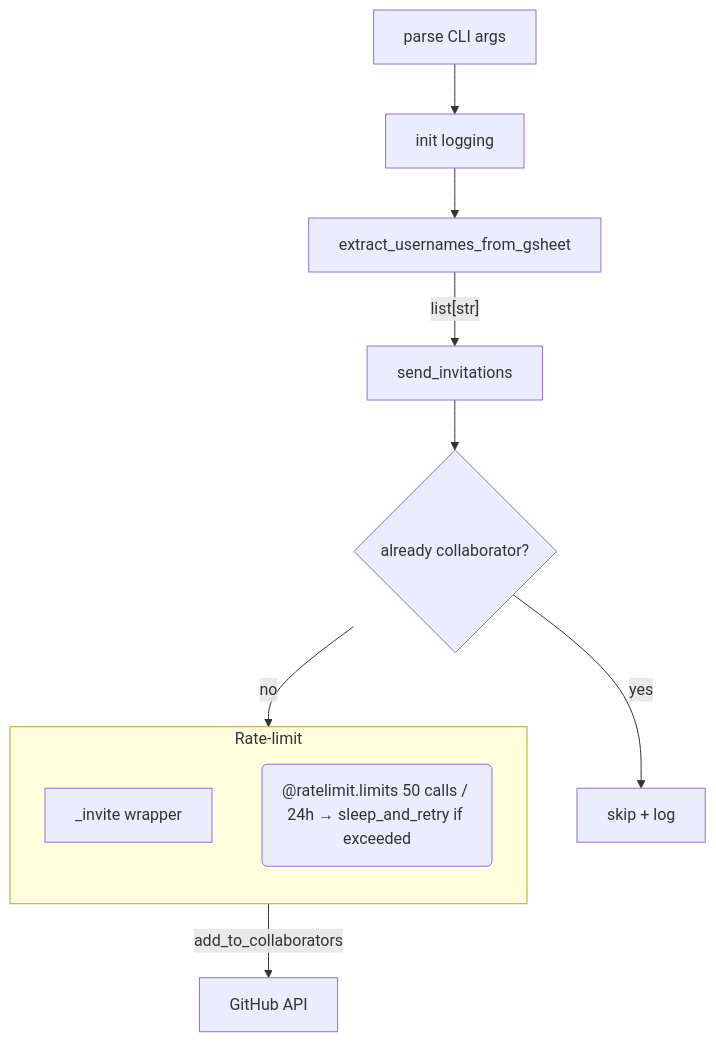
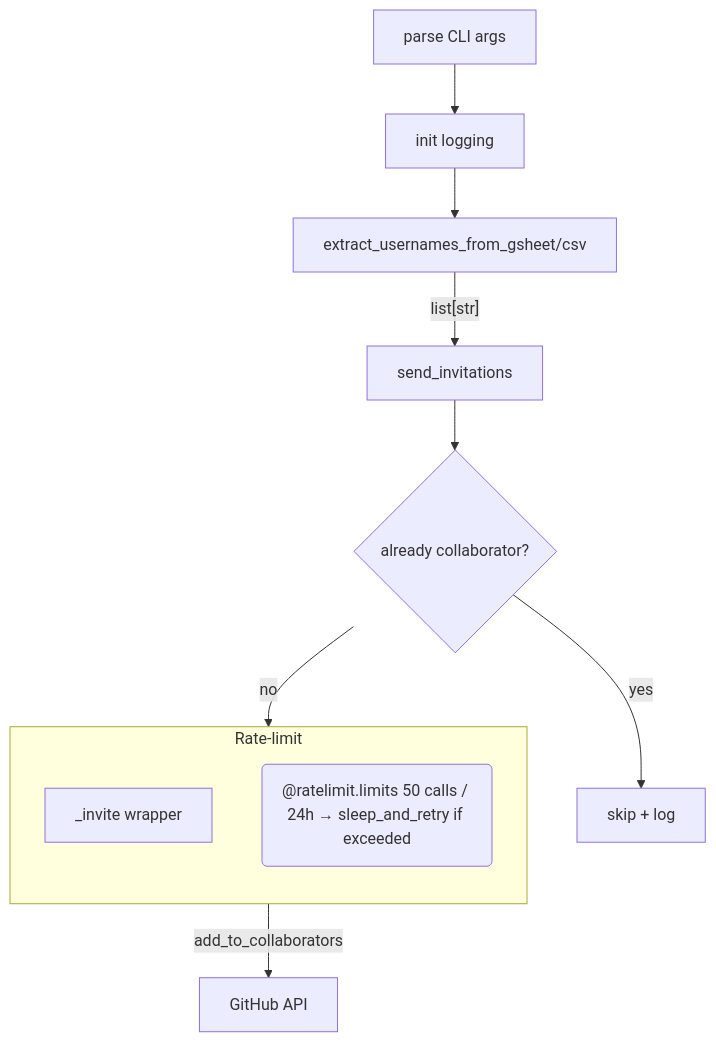
Before and after one commit to causify-ai/helpers: the diagram in docs/tools/git/all.invite_gh_contributors.explanation.md, drawn with Mermaid. The commit also changed other lines of this file, not shown here.

````diff
--- a/docs/tools/git/all.invite_gh_contributors.explanation.md
+++ b/docs/tools/git/all.invite_gh_contributors.explanation.md
@@ -33,15 +42,15 @@
 ```mermaid
 flowchart TD
     A[parse CLI args] --> B[init logging]
-    B --> C[extract_usernames_from_gsheet]
+    B --> C[extract_usernames_from_gsheet/csv]
     C -->|"list[str]"| D[send_invitations]
     D --> E{already collaborator?}
     E -- yes --> F[skip + log]
     E -- no --> G[_invite wrapper]
     G -->|add_to_collaborators| H[GitHub API]
     subgraph Rate-limit
         direction TB
         G
         note("@ratelimit.limits 50 calls / 24h → sleep_and_retry if exceeded")
     end
 ```
````
